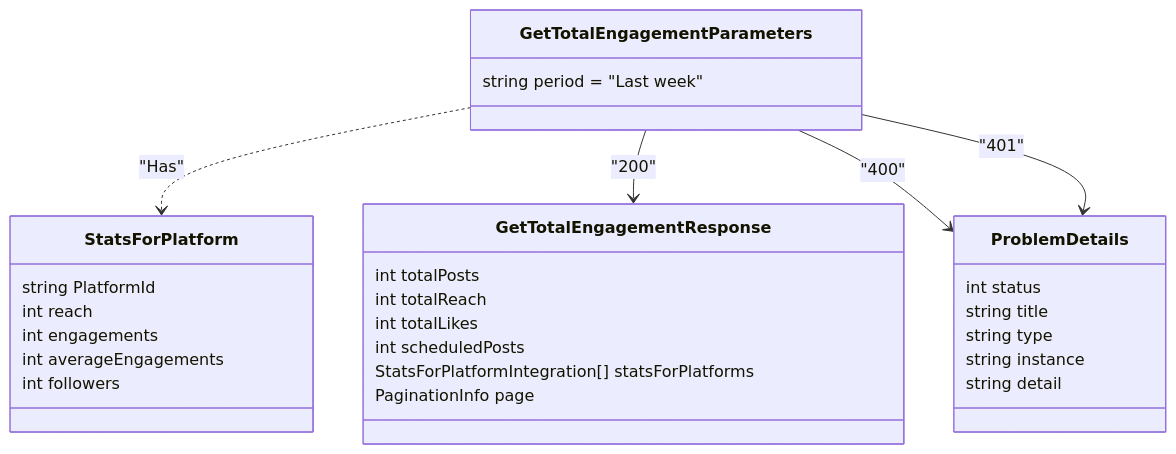
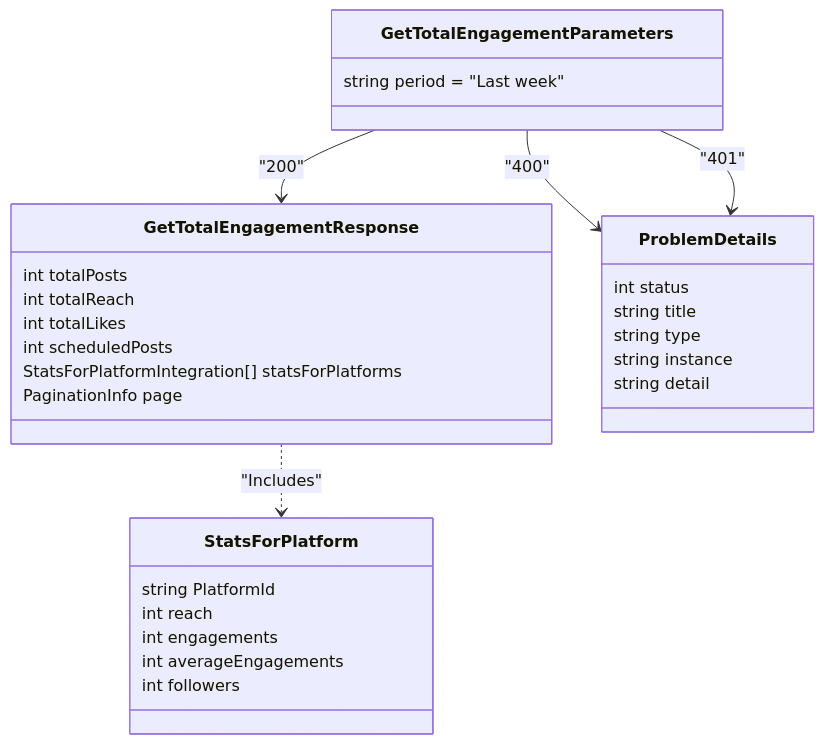
Before and after one commit to JKMN-Projects/ripple_sync_backend: the diagram in documentation/json_contracts/dashboard_contracts/get_total_engagement.md, drawn with Mermaid.

Commit message:
Fixed relationship for json contract

````diff
--- a/documentation/json_contracts/dashboard_contracts/get_total_engagement.md
+++ b/documentation/json_contracts/dashboard_contracts/get_total_engagement.md
@@ -3,38 +3,38 @@
 ``` mermaid
 
 classDiagram
     class GetTotalEngagementParameters {
         string period = "Last week"
     }
 
     class GetTotalEngagementResponse {
         int totalPosts
         int totalReach
         int totalLikes
         int scheduledPosts
         StatsForPlatformIntegration[] statsForPlatforms
         PaginationInfo page
     }
 
     class StatsForPlatform {
         string PlatformId
         int reach
         int engagements
         int averageEngagements
         int followers
     }
 
     class ProblemDetails {
         int status
         string title
         string type
         string instance
         string detail
     }
 
-    GetTotalEngagementParameters ..> StatsForPlatform : "Has"
+    GetTotalEngagementResponse ..> StatsForPlatform : "Includes"
 
     GetTotalEngagementParameters --> GetTotalEngagementResponse : "200"
     GetTotalEngagementParameters --> ProblemDetails : "400"
     GetTotalEngagementParameters --> ProblemDetails : "401"
 ```
````
